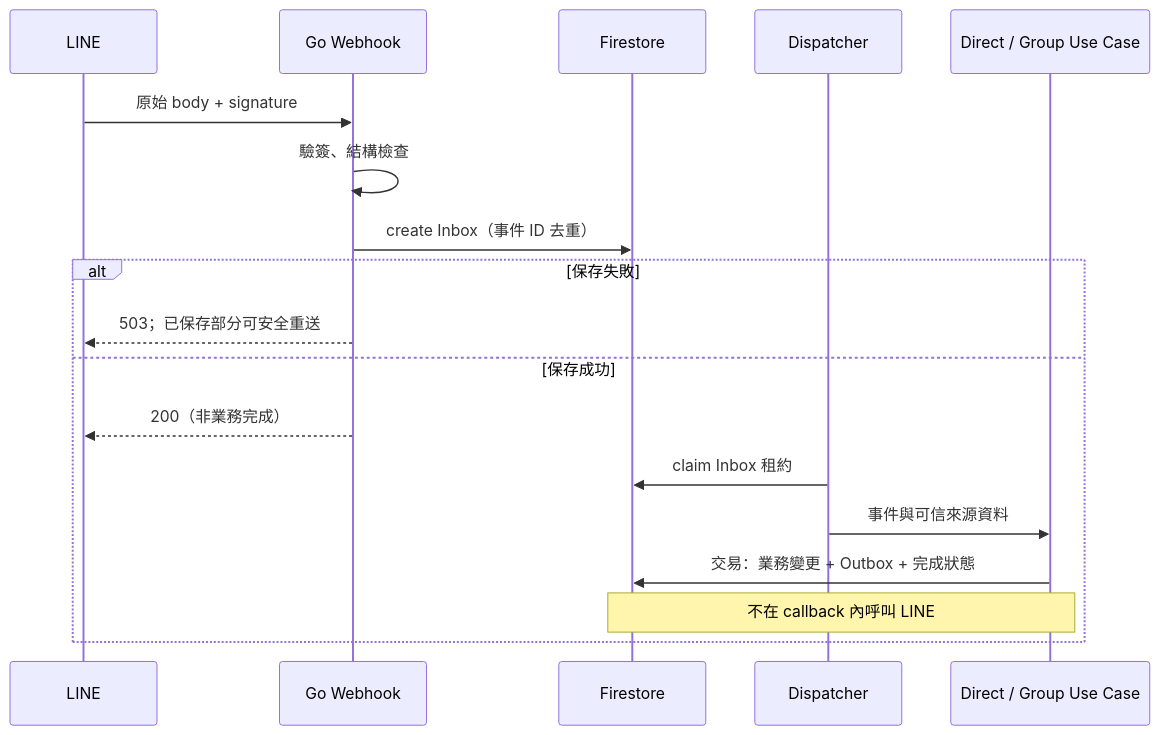
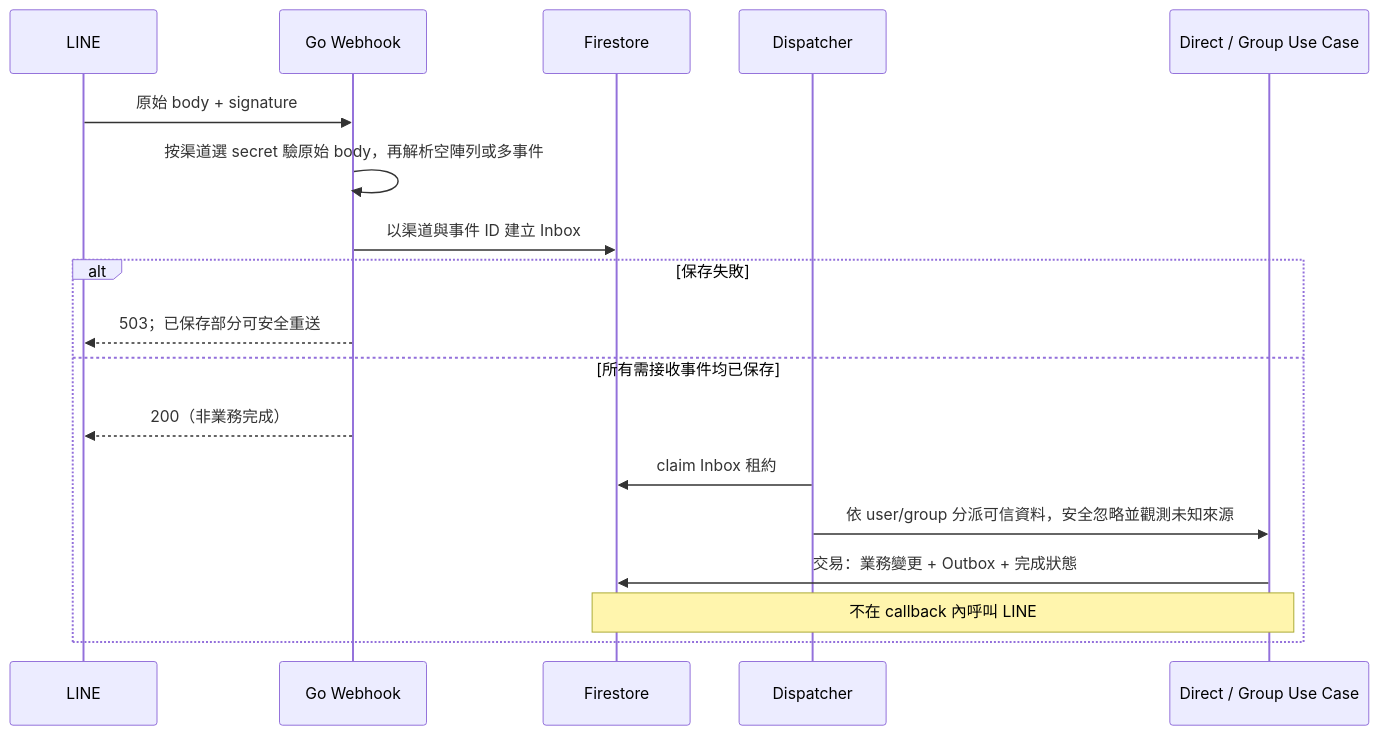
Before and after one commit to 963sup/line-mini-app-bot: the third of 3 diagrams in docs/foundation/reliability/state-machines.md, drawn with Mermaid. The commit also changed other lines of this file and 195 other files, not shown here.

````diff
--- a/docs/foundation/reliability/state-machines.md
+++ b/docs/foundation/reliability/state-machines.md
@@ -48,20 +50,20 @@
 ```mermaid
 sequenceDiagram
   participant L as LINE
   participant H as Go Webhook
   participant F as Firestore
   participant W as Dispatcher
   participant U as Direct / Group Use Case
   L->>H: 原始 body + signature
-  H->>H: 驗簽、結構檢查
-  H->>F: create Inbox（事件 ID 去重）
+  H->>H: 按渠道選 secret 驗原始 body，再解析空陣列或多事件
+  H->>F: 以渠道與事件 ID 建立 Inbox
   alt 保存失敗
     H-->>L: 503；已保存部分可安全重送
-  else 保存成功
+  else 所有需接收事件均已保存
     H-->>L: 200（非業務完成）
     W->>F: claim Inbox 租約
-    W->>U: 事件與可信來源資料
+    W->>U: 依 user/group 分派可信資料，安全忽略並觀測未知來源
     U->>F: 交易：業務變更 + Outbox + 完成狀態
     Note over U,F: 不在 callback 內呼叫 LINE
   end
 ```
````
